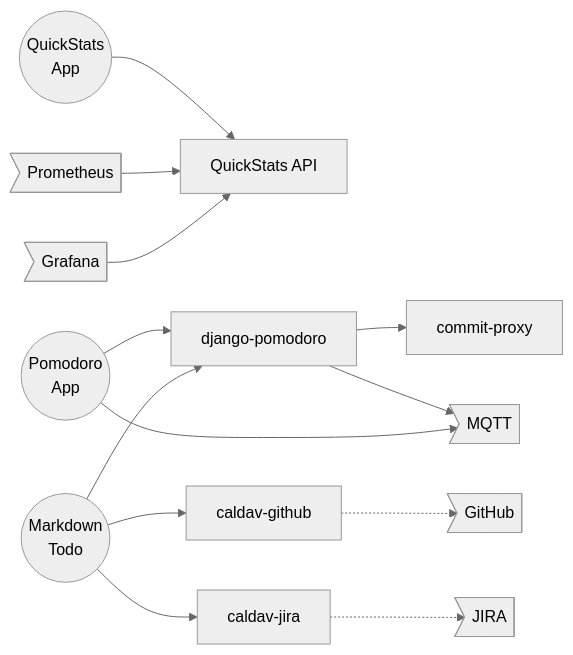
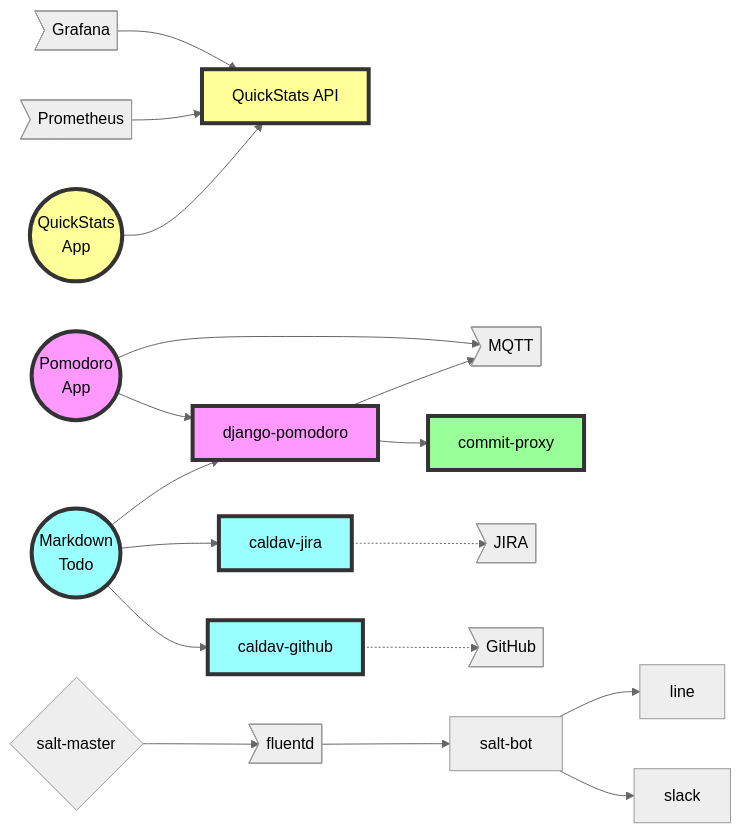
Before and after one commit to kfdm/ideas.paultraylor.dev: the diagram in content/ideas/mindmap.md, drawn with Mermaid (neutral theme). The commit also changed other lines of this file, not shown here.

Commit message:
Update project mindmap

````diff
--- a/content/ideas/mindmap.md
+++ b/content/ideas/mindmap.md
@@ -15,44 +16,63 @@
 ```mermaid
 graph LR
 
 ios-pomodoro((<center>Pomodoro<br>App</center>))
 ios-quickstats((<center>QuickStats<br>App</center>))
 ios-todo((<center>Markdown<br>Todo</center>))
+salt-master{salt-master}
+
 mqtt>MQTT]
 grafana>Grafana]
 prometheus>Prometheus]
 github>GitHub]
 jira>JIRA]
+fluentd>fluentd]
 
 quickstats-django[QuickStats API]
 
 caldav-github-.->github
 caldav-jira-.->jira
 django-pomodoro-->commit-proxy
 django-pomodoro-->mqtt
 ios-pomodoro-->django-pomodoro
 ios-pomodoro-->mqtt
 ios-quickstats-->quickstats-django
 ios-todo-->caldav-github
 ios-todo-->caldav-jira
 ios-todo-->django-pomodoro
 
 prometheus-->quickstats-django
 grafana-->quickstats-django
 
+salt-master-->fluentd
+fluentd-->salt-bot
+salt-bot-->slack
+salt-bot-->line
 
 
 click ios-pomodoro "https://github.com/kfdm/ios-pomodoro"
 click ios-quickstats "https://github.com/quickstats/ios-quickstats"
 click mqtt "https://ideas.paultraylor.dev/tags/mqtt"
 click quickstats-django "https://github.com/quickstats/quickstats-django"
 click commit-proxy "https://github.com/kfdm/commit-proxy"
 click github "https://developer.github.com/v3/"
 click jira "https://developer.atlassian.com/cloud/jira/platform/rest/v3/"
 click prometheus "https://prometheus.io"
 click grafana "https://grafana.net"
 
-class ios-pomodoro personal-project
-class ios-quickstats personal-project
+classDef pomodoro-project fill:#f9f,stroke:#333,stroke-width:4px;
+class ios-pomodoro,django-pomodoro pomodoro-project
+
+classDef stats-project fill:#ff9,stroke:#333,stroke-width:4px;
+class ios-quickstats,quickstats-django stats-project
+
+classDef todo-project fill:#9ff,stroke:#333,stroke-width:4px;
+class ios-todo todo-project
+class caldav-github todo-project
+class caldav-jira todo-project
+
+classDef git-project fill:#9f9,stroke:#333,stroke-width:4px;
+class commit-proxy git-project
+
 class quickstats-django personal-project
 ```
````
